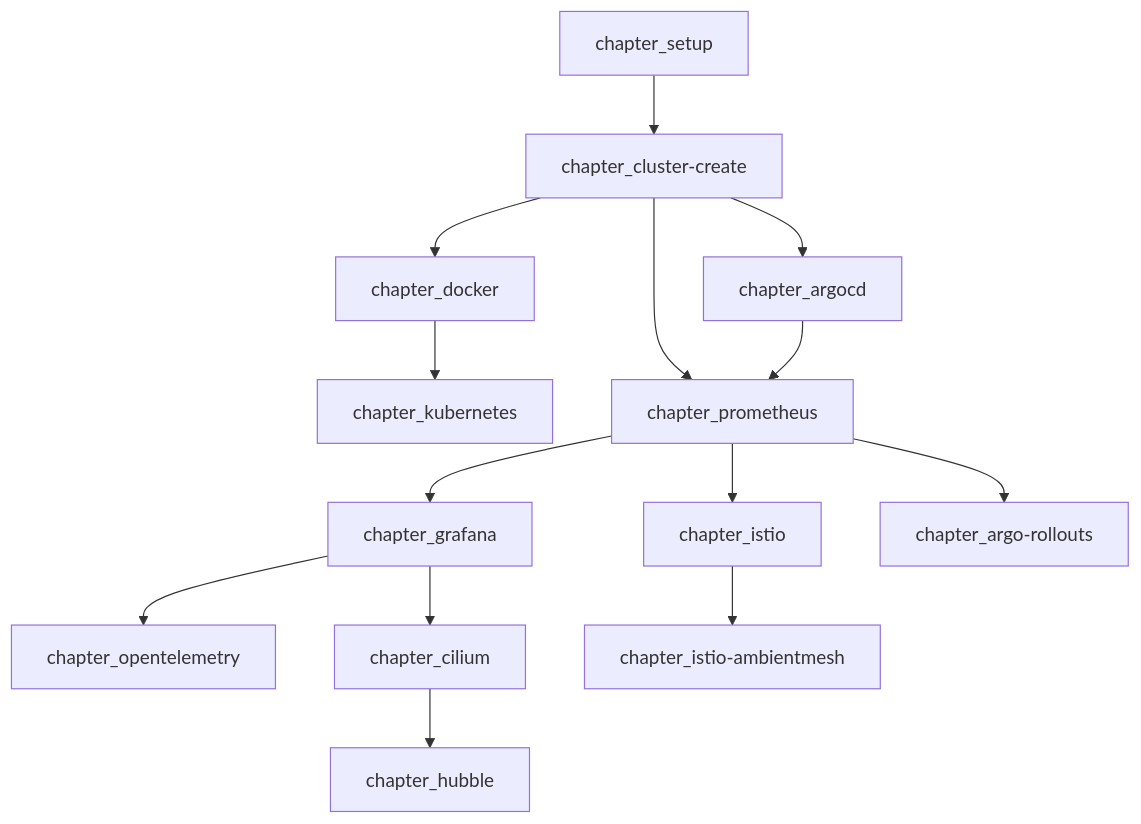
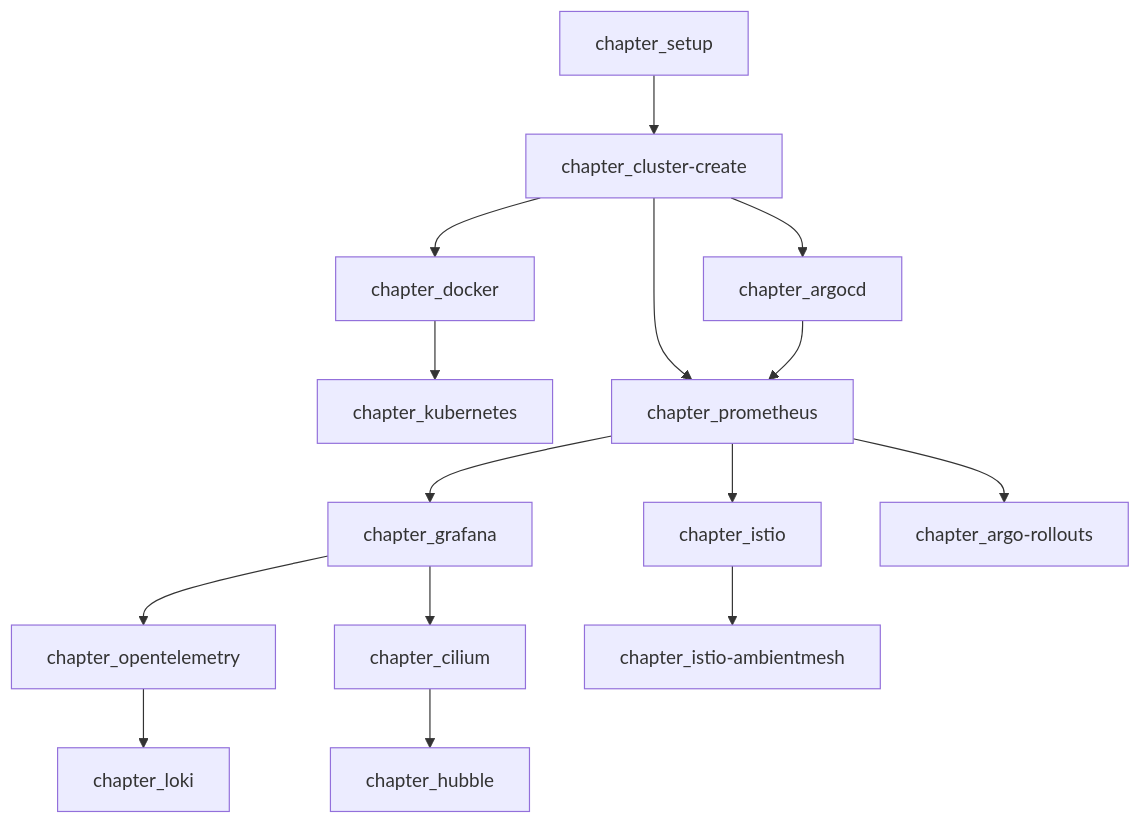
Before and after one commit to cloudnativedaysjp/cnd-handson: the diagram in README.md, drawn with Mermaid. The commit also changed 7 other files, not shown here.

````diff
--- a/README.md
+++ b/README.md
@@ -28,34 +28,37 @@
 ```mermaid
 flowchart TD
     setup[chapter_setup]
     cluster[chapter_cluster-create]
     docker[chapter_docker]
     k8s[chapter_kubernetes]
     prom[chapter_prometheus]
     grafana[chapter_grafana]
     otel[chapter_opentelemetry]
     argocd[chapter_argocd]
     istio[chapter_istio]
     cilium[chapter_cilium]
     argorollouts[chapter_argo-rollouts]
     istioambient[chapter_istio-ambientmesh]
     hubble[chapter_hubble]
+    loki[chapter_loki]
 
     setup-->cluster
     cluster-->docker
     docker-->k8s
     cluster-->prom
     cluster-->argocd
 
     prom-->grafana
     prom-->argorollouts
     prom-->istio
     argocd-->prom
 
     grafana-->otel
     grafana-->cilium
 
+    otel-->loki
+
     cilium-->hubble
 
     istio-->istioambient
 ```
````
